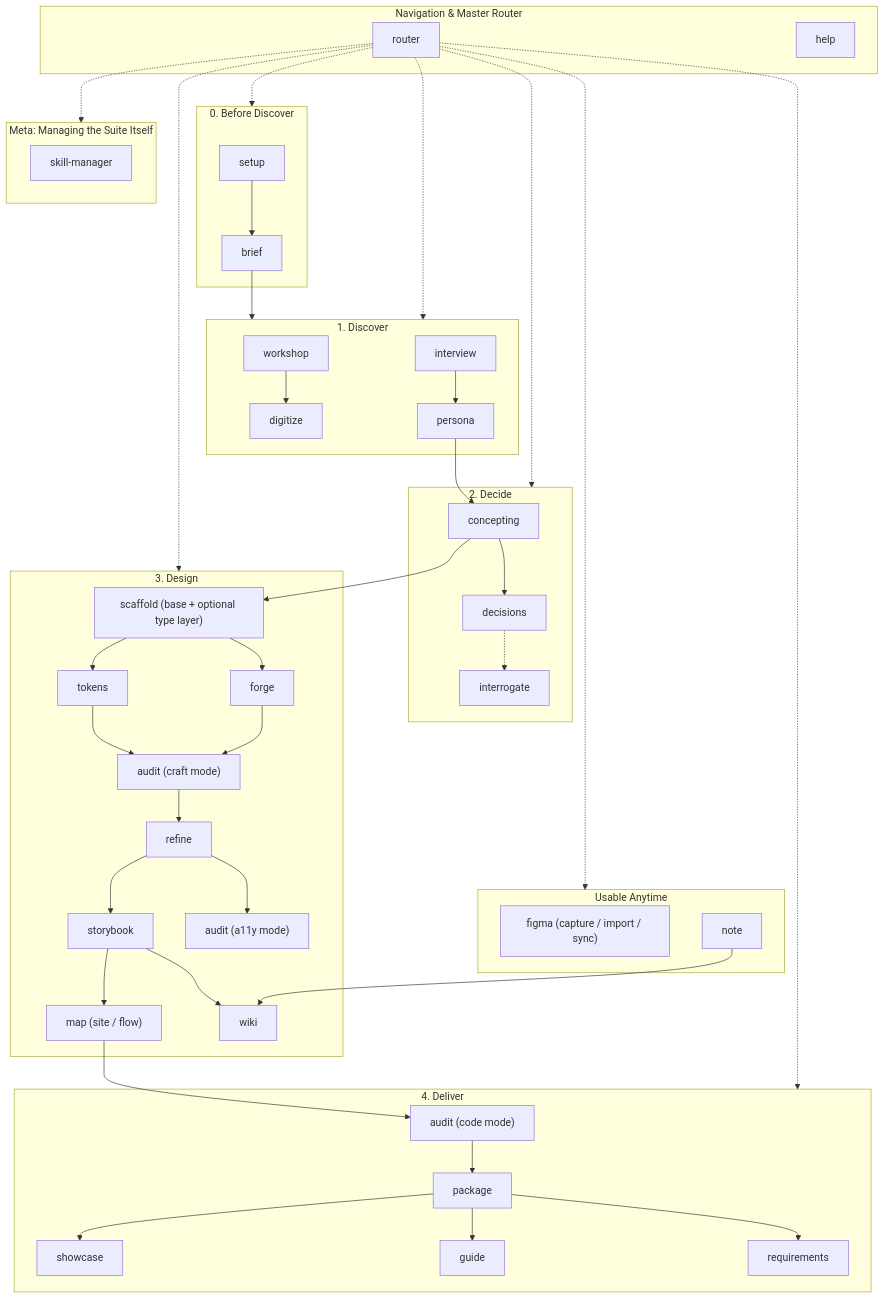
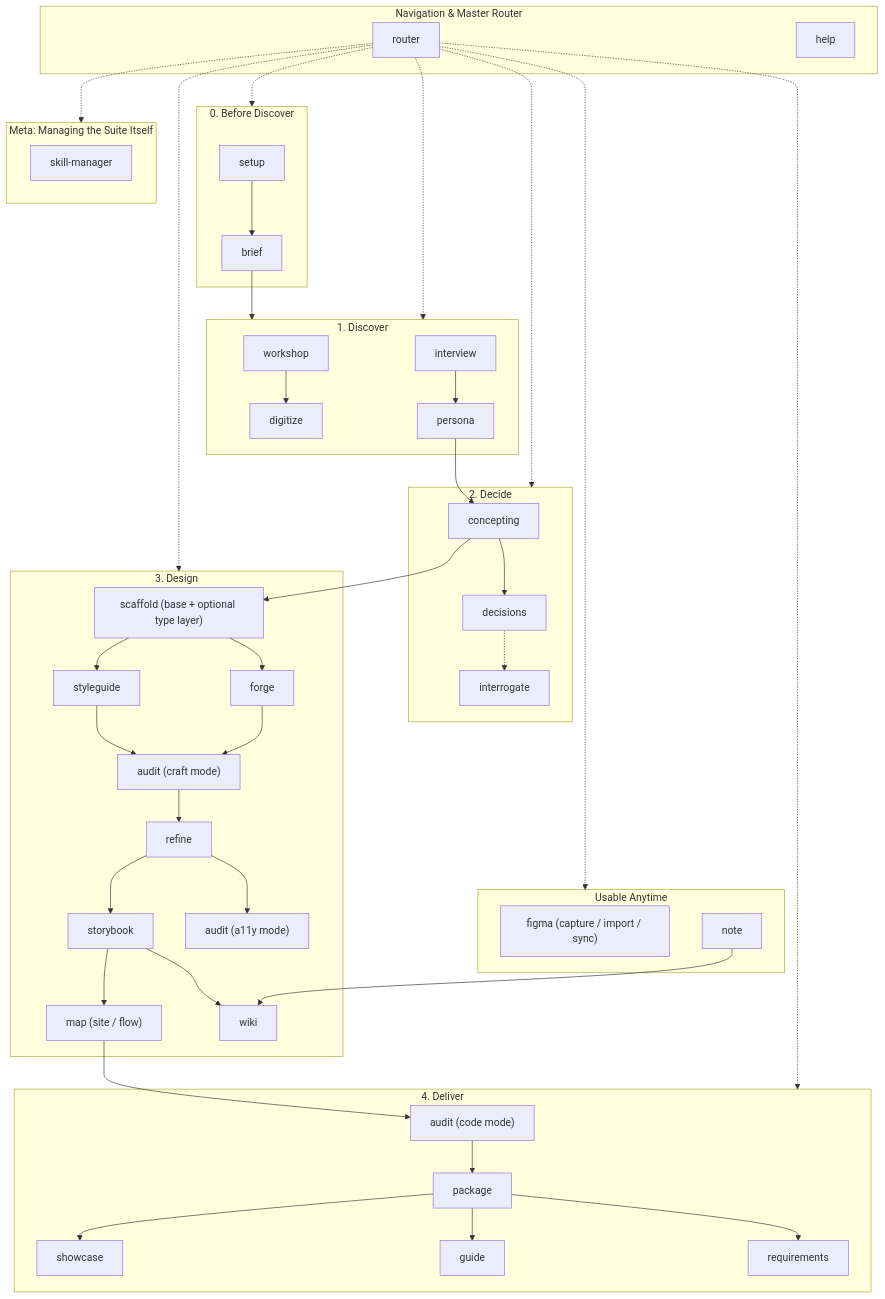
One commit to RPalis/AIXLab-Atlas changed the diagram in AGENTS.md. Above: the diagram before and after it, drawn with Mermaid. The commit also changed other lines of this file and 9 other files, not shown here.

First line of the commit message:
Rename tokens skill to styleguide to avoid AI-token-term confusion

````diff
--- a/AGENTS.md
+++ b/AGENTS.md
@@ -15,61 +15,61 @@
 ```mermaid
 flowchart TD
     subgraph Router ["Navigation & Master Router"]
         R0[router]
         RH[help]
     end
 
     subgraph Before ["0. Before Discover"]
         P00[setup] --> P00B[brief]
     end
 
     subgraph Discover ["1. Discover"]
         P0W[workshop] --> P0D[digitize]
         P0U[interview] --> P1[persona]
     end
 
     subgraph Decide ["2. Decide"]
         P1 --> P2[concepting]
         P2 --> P7B[decisions]
         P7B -.-> P7C[interrogate]
     end
 
     subgraph Design ["3. Design"]
         P2 --> P3["scaffold (base + optional type layer)"]
-        P3 --> P4[tokens]
+        P3 --> P4[styleguide]
         P3 --> P4B[forge]
         P4 --> PCA["audit (craft mode)"]
         P4B --> PCA
         PCA --> P5[refine]
         P5 --> P6[storybook]
         P6 --> P7["map (site / flow)"]
         P5 --> P7D["audit (a11y mode)"]
         P6 --> P7F[wiki]
     end
 
     subgraph Deliver ["4. Deliver"]
         P7 --> P8["audit (code mode)"]
         P8 --> P9[package]
         P9 --> P9B[showcase]
         P9 --> P9C[guide]
         P9 --> P9D[requirements]
     end
 
     subgraph Anytime ["Usable Anytime"]
         FIG["figma (capture / import / sync)"]
         NOTE[note] --> P7F
     end
 
     subgraph Meta ["Meta: Managing the Suite Itself"]
         SM[skill-manager]
     end
 
     P00B --> Discover
     R0 -.-> Before
     R0 -.-> Discover
     R0 -.-> Decide
     R0 -.-> Design
     R0 -.-> Deliver
     R0 -.-> Anytime
     R0 -.-> Meta
 ```
````
